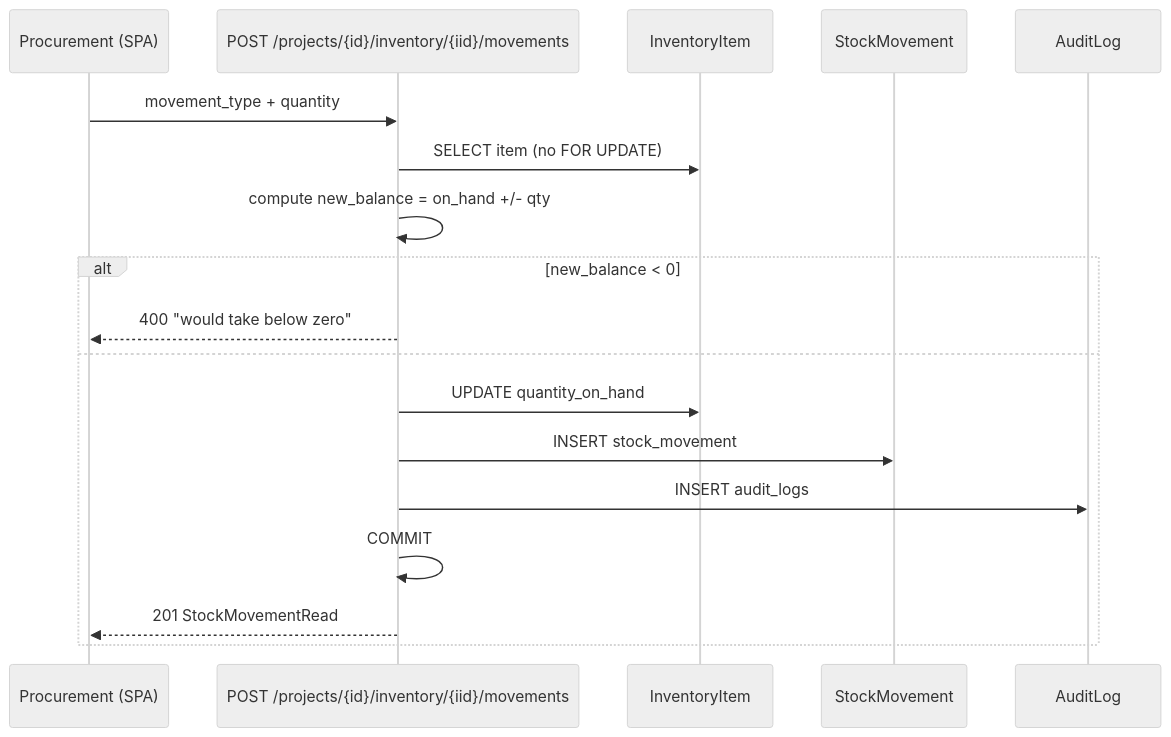
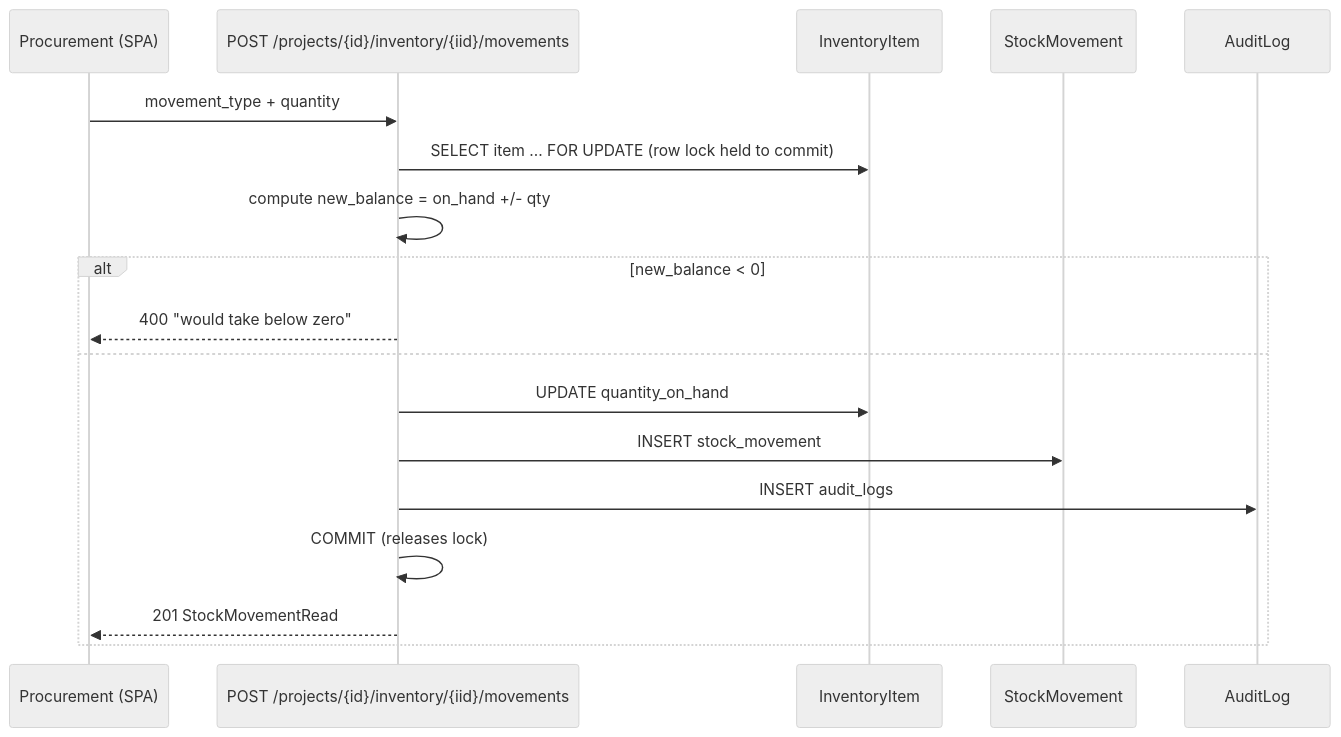
One commit to Shubh-kesh/ice-platform-phase1 changed diagram 11 of 12 in docs/ARCHITECTURE.md. Above: the diagram before and after it, drawn with Mermaid (neutral theme). The commit also changed other lines of this file and 16 other files, not shown here.

Commit message:
docs: establish project context and roadmap

````diff
--- a/docs/ARCHITECTURE.md
+++ b/docs/ARCHITECTURE.md
@@ -452,21 +455,21 @@
 ```mermaid
 sequenceDiagram
     participant P as Procurement (SPA)
     participant R as POST /projects/{id}/inventory/{iid}/movements
     participant I as InventoryItem
     participant L as StockMovement
     participant A as AuditLog
 
     P->>R: movement_type + quantity
-    R->>I: SELECT item (no FOR UPDATE)
+    R->>I: SELECT item ... FOR UPDATE (row lock held to commit)
     R->>R: compute new_balance = on_hand +/- qty
     alt new_balance < 0
         R-->>P: 400 "would take below zero"
     else
         R->>I: UPDATE quantity_on_hand
         R->>L: INSERT stock_movement
         R->>A: INSERT audit_logs
-        R->>R: COMMIT
+        R->>R: COMMIT (releases lock)
         R-->>P: 201 StockMovementRead
     end
 ```
````
